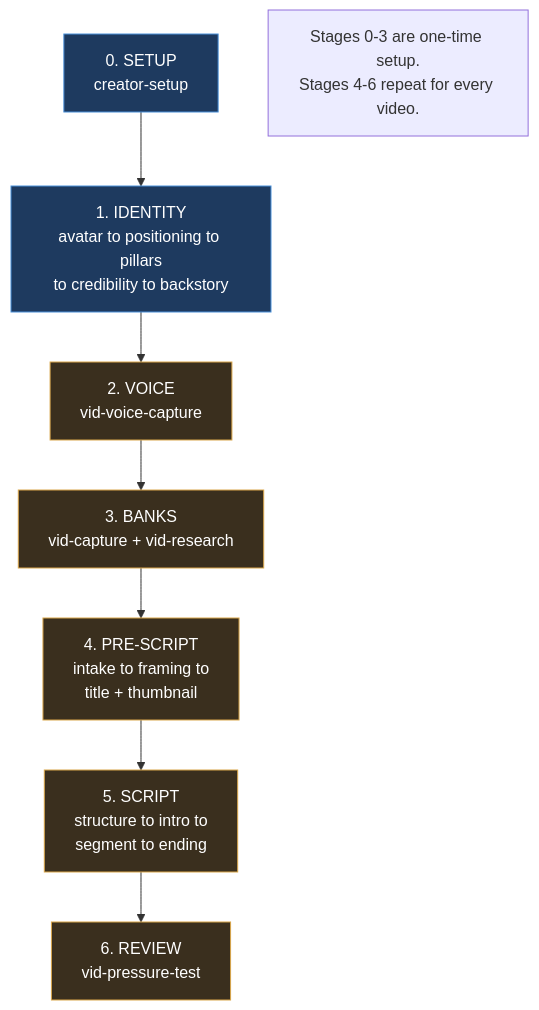
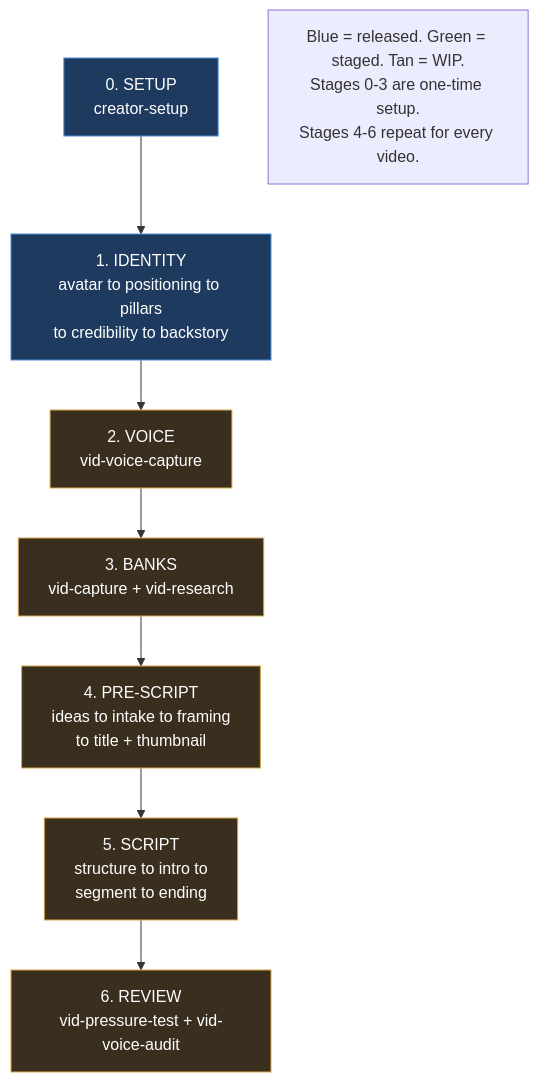
Before and after one commit to BillyRybka/authentic-ai-os: the first of 2 diagrams in documents/SYSTEM-MAP.md, drawn with Mermaid. The commit also changed other lines of this file and 34 other files, not shown here.

````diff
--- a/documents/SYSTEM-MAP.md
+++ b/documents/SYSTEM-MAP.md
@@ -11,17 +25,18 @@
 ```mermaid
 flowchart TD
-    classDef done fill:#1e3a5f,stroke:#4a90d9,color:#fff
+    classDef released fill:#1e3a5f,stroke:#4a90d9,color:#fff
+    classDef staged fill:#2f3a1e,stroke:#9bd94a,color:#fff
     classDef wip fill:#3a2f1e,stroke:#d9a64a,color:#fff
 
-    A["0. SETUP<br/>creator-setup"]:::done
-    B["1. IDENTITY<br/>avatar to positioning to pillars<br/>to credibility to backstory"]:::done
+    A["0. SETUP<br/>creator-setup"]:::released
+    B["1. IDENTITY<br/>avatar to positioning to pillars<br/>to credibility to backstory"]:::released
     C["2. VOICE<br/>vid-voice-capture"]:::wip
     D["3. BANKS<br/>vid-capture + vid-research"]:::wip
-    E["4. PRE-SCRIPT<br/>intake to framing to<br/>title + thumbnail"]:::wip
+    E["4. PRE-SCRIPT<br/>ideas to intake to framing<br/>to title + thumbnail"]:::wip
     F["5. SCRIPT<br/>structure to intro to<br/>segment to ending"]:::wip
-    G["6. REVIEW<br/>vid-pressure-test"]:::wip
+    G["6. REVIEW<br/>vid-pressure-test + vid-voice-audit"]:::wip
 
     A --> B --> C --> D --> E --> F --> G
 
-    note["Stages 0-3 are one-time setup.<br/>Stages 4-6 repeat for every video."]
+    note["Blue = released. Green = staged. Tan = WIP.<br/>Stages 0-3 are one-time setup.<br/>Stages 4-6 repeat for every video."]
 ```
````
